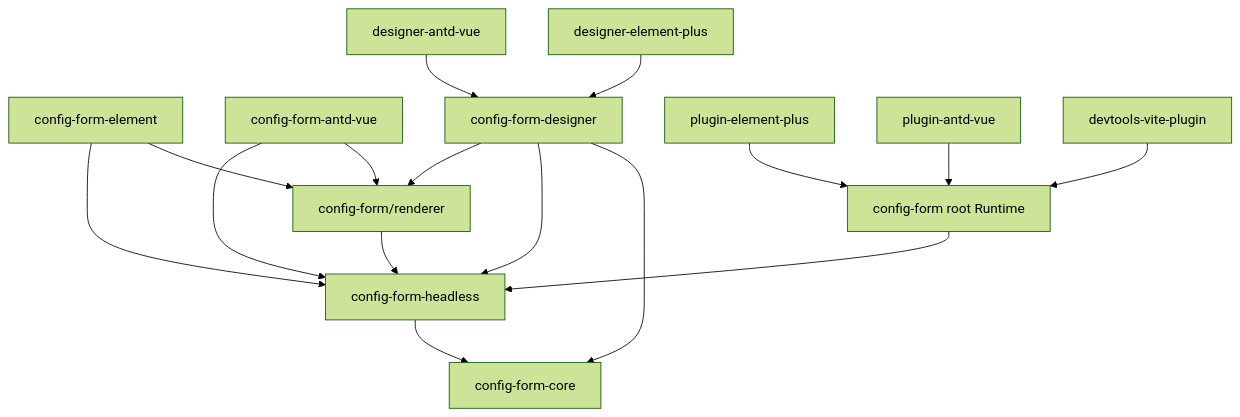
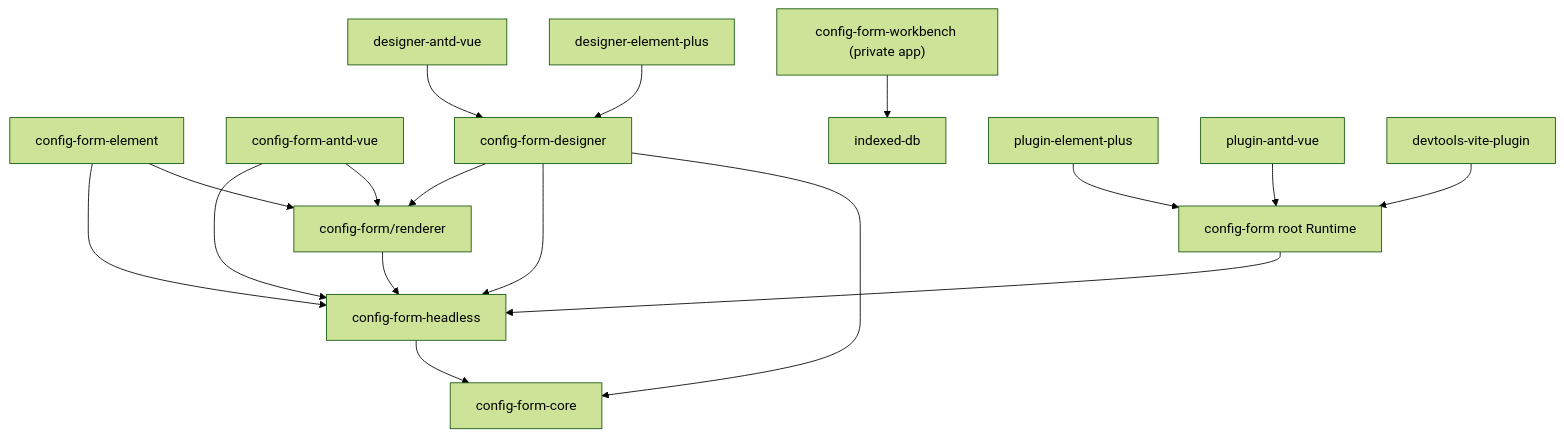
Before and after one commit to moluoxixi/vue-components: the diagram in packages/ConfigForm/README.md, drawn with Mermaid (forest theme). The commit also changed other lines of this file and 82 other files, not shown here.

````diff
--- a/packages/ConfigForm/README.md
+++ b/packages/ConfigForm/README.md
@@ -18,18 +18,19 @@
 ```mermaid
 flowchart TD
   Headless["config-form-headless"] --> Core["config-form-core"]
   Runtime["config-form root Runtime"] --> Headless
   Renderer["config-form/renderer"] --> Headless
   Element["config-form-element"] --> Renderer
   Element --> Headless
   Antd["config-form-antd-vue"] --> Renderer
   Antd --> Headless
   Designer["config-form-designer"] --> Core
   Designer --> Headless
   Designer --> Renderer
   DesignerElement["designer-element-plus"] --> Designer
   DesignerAntd["designer-antd-vue"] --> Designer
+  Workbench["config-form-workbench (private app)"] --> IndexedDB["indexed-db"]
   PluginElement["plugin-element-plus"] --> Runtime
   PluginAntd["plugin-antd-vue"] --> Runtime
   Devtools["devtools-vite-plugin"] --> Runtime
 ```
````
